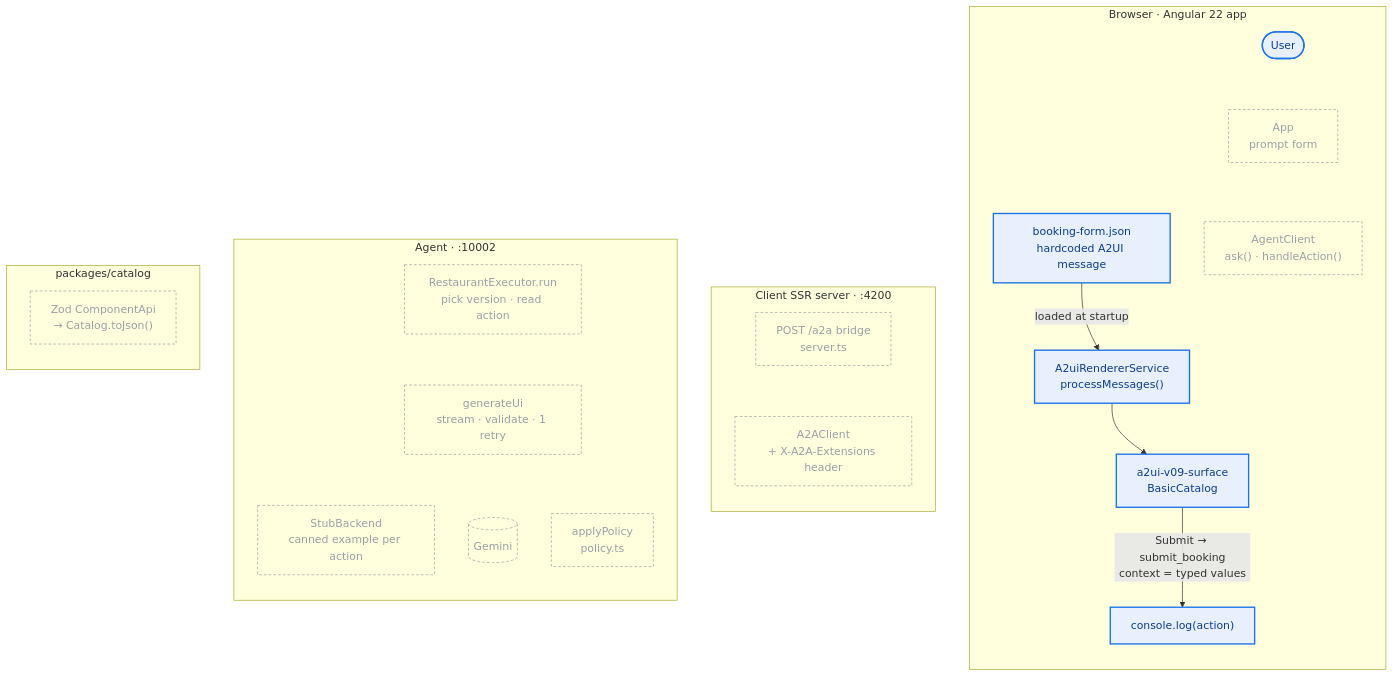
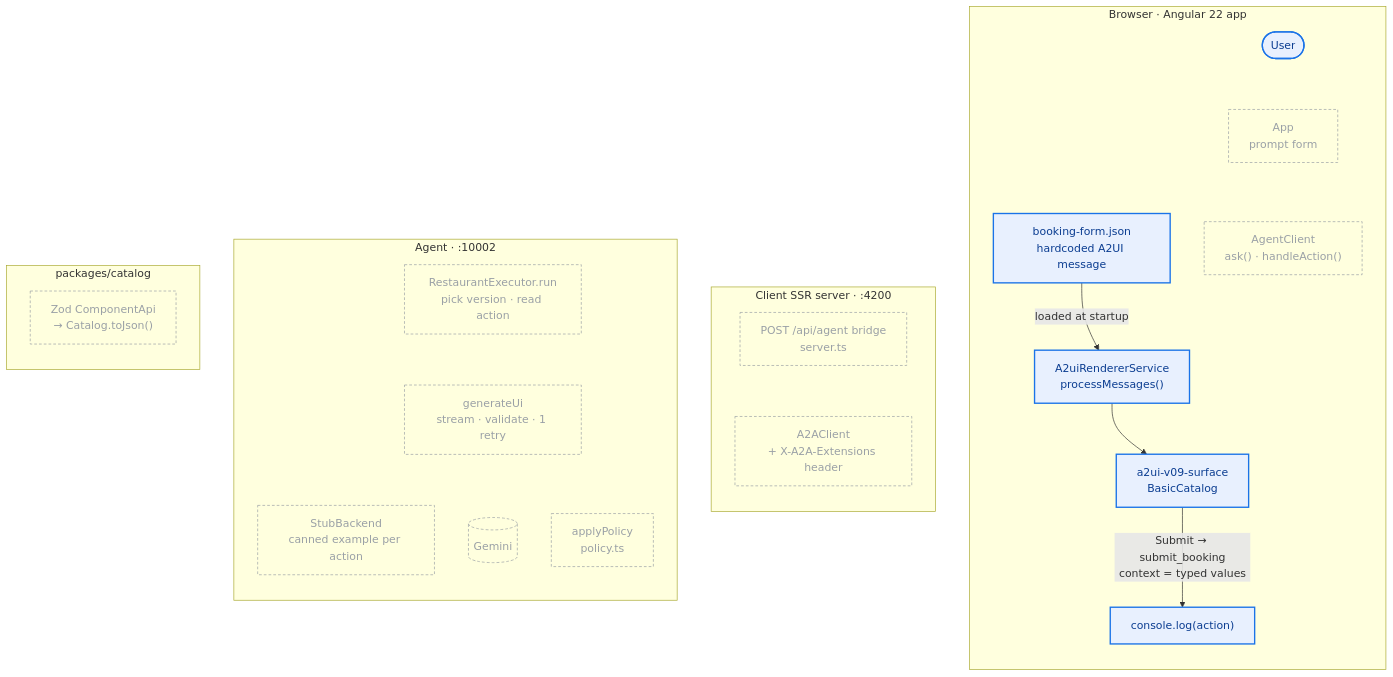
Before and after one commit to giorgiogalassi/talk-a2ui: the first of 5 diagrams in demo/FLOW.md, drawn with Mermaid. The commit also changed other lines of this file and 24 other files, not shown here.

````diff
--- a/demo/FLOW.md
+++ b/demo/FLOW.md
@@ -22,58 +22,58 @@
 ```mermaid
 flowchart LR
   subgraph B["Browser · Angular 22 app"]
     direction TB
     U(["User"])
     APP["App<br/>prompt form"]
     HC["booking-form.json<br/>hardcoded A2UI message"]
     AC["AgentClient<br/>ask() · handleAction()"]
     R["A2uiRendererService<br/>processMessages()"]
     S["a2ui-v09-surface<br/>BasicCatalog"]
     LOG["console.log(action)"]
   end
   subgraph SV["Client SSR server · :4200"]
     direction TB
-    BR["POST /a2a bridge<br/>server.ts"]
+    BR["POST /api/agent bridge<br/>server.ts"]
     AX["A2AClient<br/>+ X-A2A-Extensions header"]
   end
   subgraph AG["Agent · :10002"]
     direction TB
     EX["RestaurantExecutor.run<br/>pick version · read action"]
     GEN["generateUi<br/>stream · validate · 1 retry"]
     STUB["StubBackend<br/>canned example per action"]
     LLM[("Gemini")]
     POL["applyPolicy<br/>policy.ts"]
   end
   subgraph PK["packages/catalog"]
     direction TB
     CAT["Zod ComponentApi<br/>→ Catalog.toJson()"]
   end
 
   U ~~~ APP
   APP ~~~ AC
   HC -->|"loaded at startup"| R
   AC ~~~ BR
   BR ~~~ AX
   AX ~~~ EX
   EX ~~~ GEN
   GEN ~~~ STUB
   GEN ~~~ LLM
   GEN ~~~ AX
   AX ~~~ BR
   BR ~~~ AC
   AC ~~~ R
   R --> S
   S ~~~ AC
   S -->|"Submit → submit_booking<br/>context = typed values"| LOG
   GEN ~~~ POL
   POL ~~~ AX
   CAT ~~~ GEN
   CAT ~~~ S
 
   classDef todo fill:none,stroke:#9aa0a6,stroke-dasharray:4 3,color:#9aa0a6
   classDef new fill:#e8f0fe,stroke:#1a73e8,stroke-width:2px,color:#0b3d91
   classDef done fill:#ffffff,stroke:#5f6368,color:#202124
   classDef gone fill:#f1f3f4,stroke:#dadce0,color:#bdc1c6
   class U,HC,R,S,LOG new
   class APP,AC,BR,AX,EX,GEN,STUB,LLM,POL,CAT todo
 ```
````
